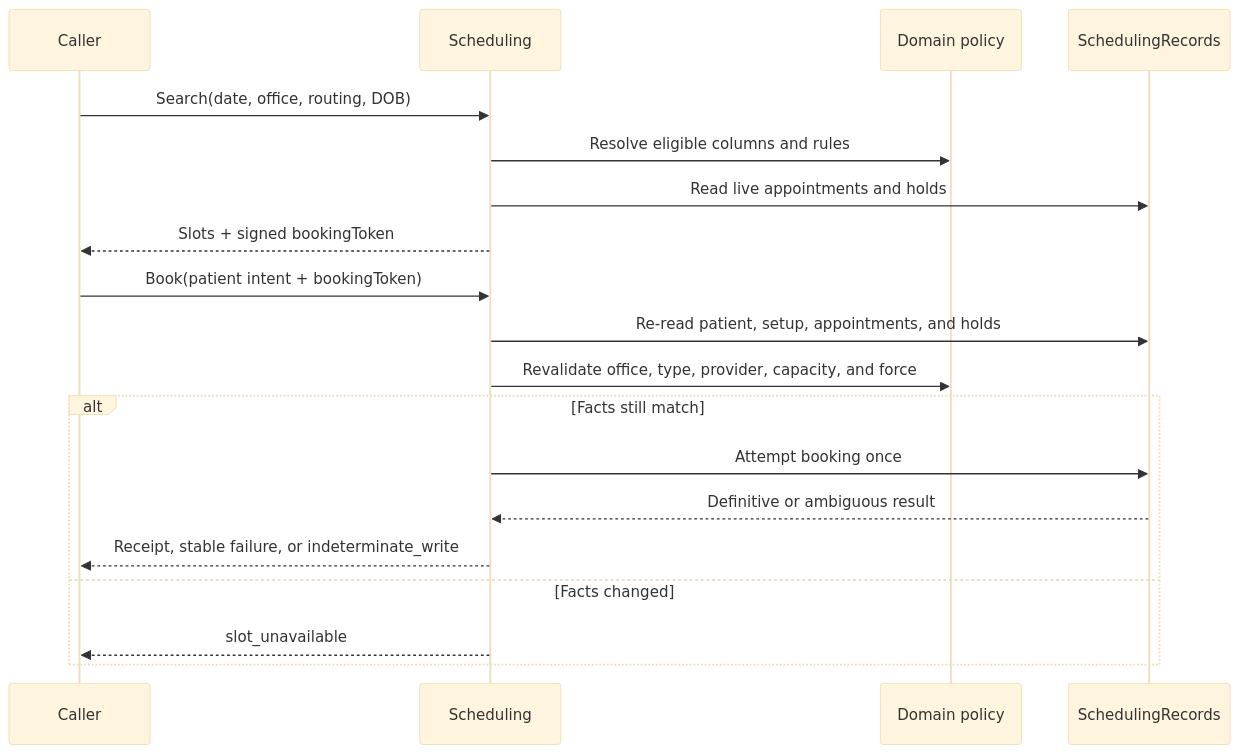
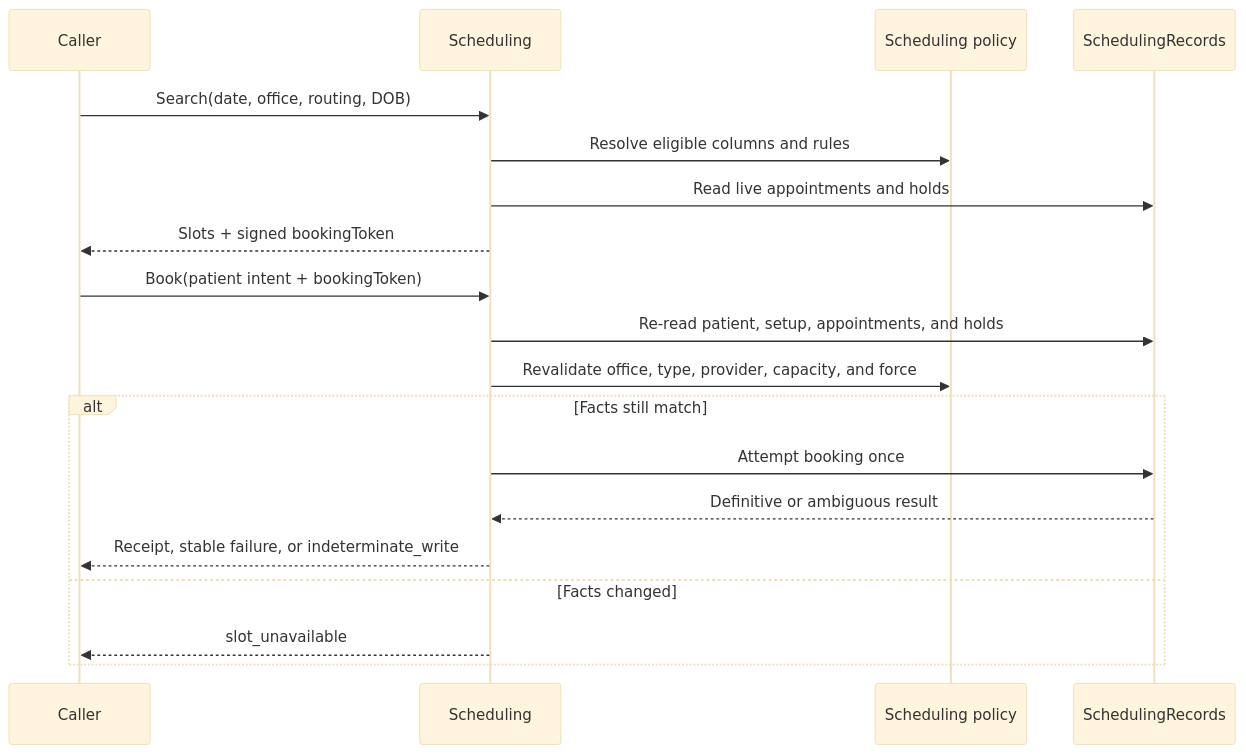
The fourth of 5 diagrams in README.md (Data-Buddies-Solutions/amd_middleware), drawn with Mermaid (base theme) before and after one commit. The commit also changed other lines of this file and 37 other files, not shown here.

````diff
--- a/README.md
+++ b/README.md
@@ -223,22 +200,22 @@
 ```mermaid
 sequenceDiagram
     participant C as Caller
     participant S as Scheduling
-    participant D as Domain policy
+    participant D as Scheduling policy
     participant R as SchedulingRecords
 
     C->>S: Search(date, office, routing, DOB)
     S->>D: Resolve eligible columns and rules
     S->>R: Read live appointments and holds
     S-->>C: Slots + signed bookingToken
     C->>S: Book(patient intent + bookingToken)
     S->>R: Re-read patient, setup, appointments, and holds
     S->>D: Revalidate office, type, provider, capacity, and force
     alt Facts still match
         S->>R: Attempt booking once
         R-->>S: Definitive or ambiguous result
         S-->>C: Receipt, stable failure, or indeterminate_write
     else Facts changed
         S-->>C: slot_unavailable
     end
 ```
````
